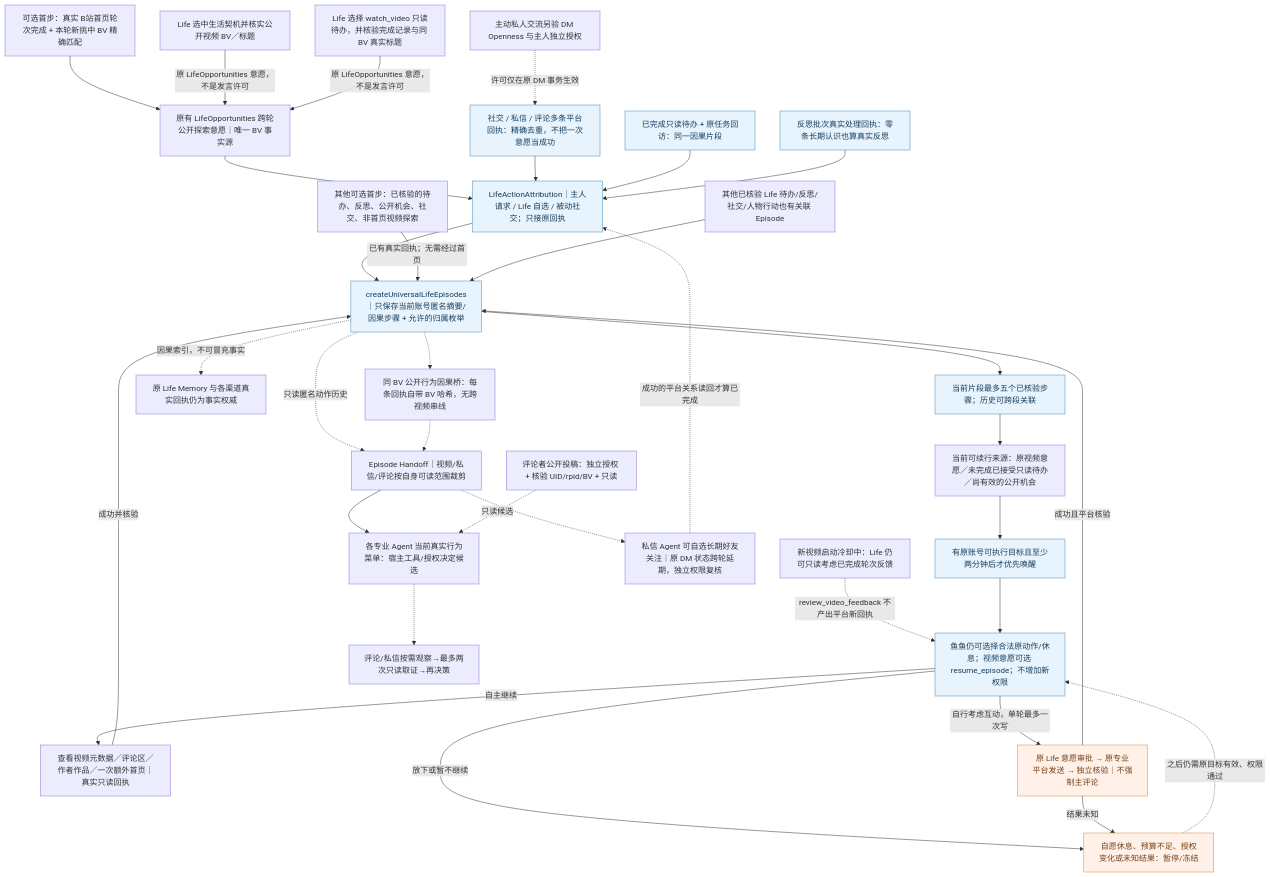
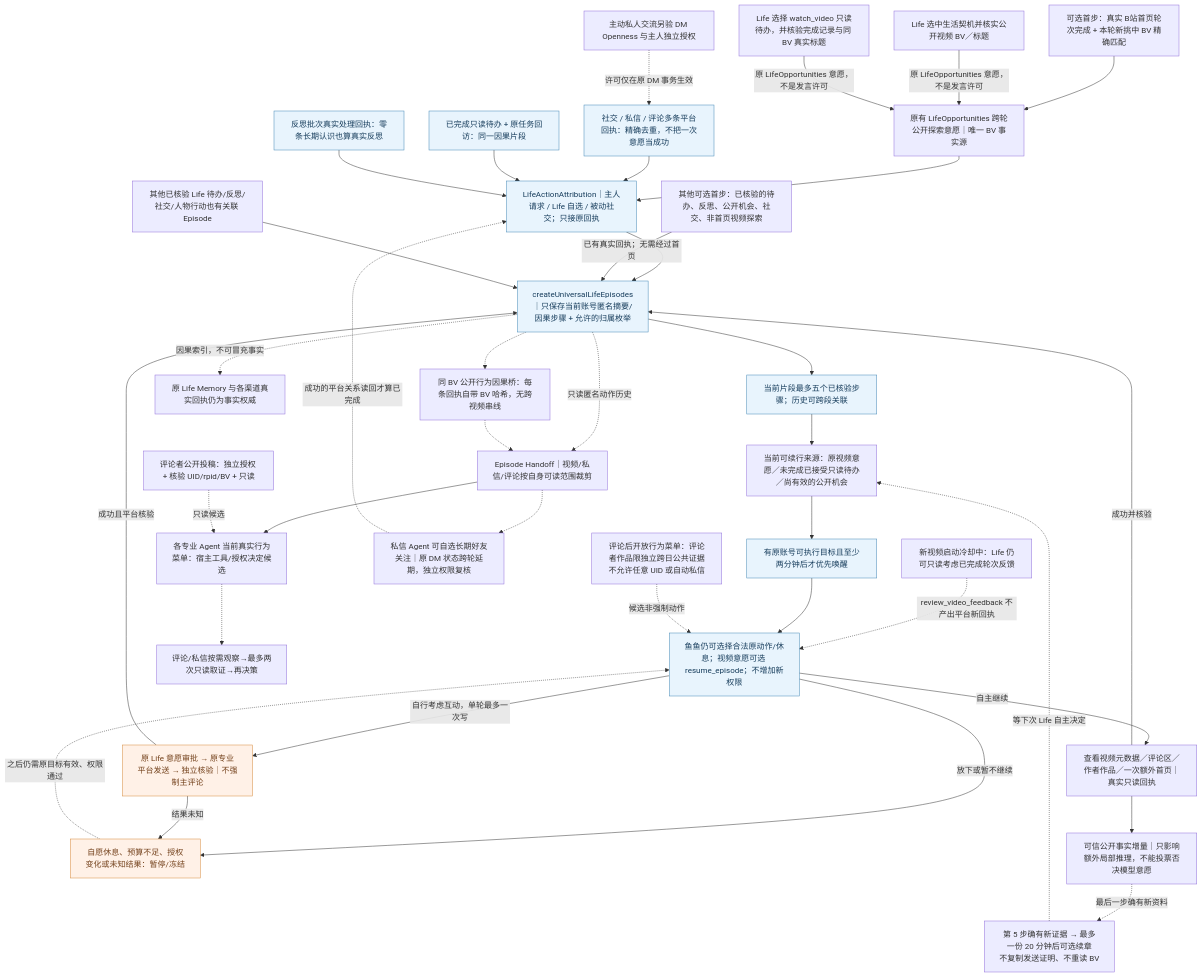
One commit to minedalang/dsh-dafeiyu-life changed the diagram in docs/architecture/diagrams/life-universal-episodes-current.mmd. Above: the diagram before and after it, drawn with Mermaid. The commit also changed 21 other files, not shown here.

First line of the commit message:
feat(life): 以可信事件增量驱动自然 Life，统一开放行动与 npm 更新提示 (2.8.0-dev.12)

```diff
--- a/docs/architecture/diagrams/life-universal-episodes-current.mmd
+++ b/docs/architecture/diagrams/life-universal-episodes-current.mmd
@@ -1,97 +1,112 @@
+%% dev.12：重复读取抑制额外模型唤醒，五步上限只保存一次未来自愿续章
 %% dev.10：视频 Episode 已选择的写操作与社交共用 FIFO 资格；不重复意愿模型。
 %% dev.74：评论区的自然熟悉度不形成主动私信资格，Episode 不赋予新权限。
 %% dev.73：普通自主 Life 最短间隔不再由 2 分钟经验/片段续接绕过；真实入站社交独立快唤醒。
 %% 管理页只读并列展示线索、契机与待办；Life 已批准不等于平台送达，待回执不能标为中断。
 %% dev.37 统一归属 + dev.36 Universal Episode：有意义的自主动作共享因果归属，不改变原平台授权
 flowchart TB
   child["可选首步：真实 B站首页轮次完成 + 本轮新挑中 BV 精确匹配"]
   firstOther["其他可选首步：已核验的待办、反思、公开机会、社交、非首页视频探索"]
   eligible["当前可续行来源：原视频意愿／未完成已接受只读待办／尚有效的公开机会"]
   canonical["原有 LifeOpportunities 跨轮公开探索意愿｜唯一 BV 事实源"]
   attribution["LifeActionAttribution｜主人请求 / Life 自选 / 被动社交；只接原回执"]
   socialReceipt["社交 / 私信 / 评论多条平台回执：精确去重，不把一次意愿当成功"]
   socialContact["主动私人交流另验 DM Openness 与主人独立授权"]
   todoReceipt["已完成只读待办 + 原任务回访：同一因果片段"]
   reflectionReceipt["反思批次真实处理回执：零条长期认识也算真实反思"]
   videoFeedback["新视频启动冷却中：Life 仍可只读考虑已完成轮次反馈"]
   record["createUniversalLifeEpisodes｜只保存当前账号匿名摘要/因果步骤 + 允许的归属枚举"]
   context["当前片段最多五个已核验步骤；历史可跨段关联"]
   due["有原账号可执行目标且至少两分钟后才优先唤醒"]
   menu["鱼鱼仍可选择合法原动作/休息；视频意愿可选 resume_episode；不增加新权限"]
   read["查看视频元数据／评论区／作者作品／一次额外首页｜真实只读回执"]
   write["原 Life 意愿审批 → 原专业平台发送 → 独立核验｜不强制主评论"]
   pause["自愿休息、预算不足、授权变化或未知结果：暂停/冻结"]
   other["其他已核验 Life 待办/反思/社交/人物行动也有关联 Episode"]
   memory["原 Life Memory 与各渠道真实回执仍为事实权威"]
   child --> canonical --> attribution --> record
   socialContact -.->|许可仅在原 DM 事务生效| socialReceipt
   socialReceipt --> attribution
   todoReceipt --> attribution
   reflectionReceipt --> attribution
   firstOther -->|已有真实回执；无需经过首页| record
   opportunityEntry["Life 选中生活契机并核实公开视频 BV／标题"]
   todoVideoEntry["Life 选择 watch_video 只读待办，并核验完成记录与同 BV 真实标题"]
   opportunityEntry -->|原 LifeOpportunities 意愿，不是发言许可| canonical
   todoVideoEntry -->|原 LifeOpportunities 意愿，不是发言许可| canonical
   videoFeedback -.->|review_video_feedback 不产出平台新回执| menu
   record --> context --> eligible --> due --> menu
   menu -->|自主继续| read -->|成功并核验| record
   menu -->|自行考虑互动，单轮最多一次写| write -->|成功且平台核验| record
   menu -->|放下或暂不继续| pause
   write -->|结果未知| pause
   other --> record
   record -.->|因果索引，不可冒充事实| memory
   pause -.->|之后仍需原目标有效、权限通过| menu
   classDef safe fill:#e8f4fd,stroke:#4689b6,color:#173d5c
   classDef caveat fill:#fff1e7,stroke:#d68a3c,color:#74421c
   class record,context,menu,due,attribution,socialReceipt,todoReceipt,reflectionReceipt safe
   class pause,write caveat
 
 %% @code child | index.js | const episode=lifeOpportunities.beginHomeExploration
 %% @code canonical | lib/life-opportunities.mjs | const continuations=
 %% @code firstOther | lib/autonomous-planner.mjs | const good=new Map([
 %% @code eligible | lib/life-episode-entrypoints.mjs | export function eligibleLifeEpisodeSources
 %% @code record | lib/life-universal-episodes.mjs | export function createUniversalLifeEpisodes
 %% @code context | lib/life-universal-episodes.mjs | const view=e=>
 %% @code due | lib/life-universal-episodes.mjs | const due=(
 %% @code menu | lib/autonomous-planner.mjs | action:'resume_episode'
 %% @code read | lib/autonomous-planner.mjs | const continueLifeRead=async
 %% @code write | lib/life-video-action-bridge.mjs | createLifeVideoActionBridge
 %% @code pause | lib/life-universal-episodes.mjs | const pauseLatest=(
 %% @code other | index.js | onEpisodeAction:proof=>universalLifeEpisodes.record(proof)
 %% @code memory | lib/life-memory-coordinator.mjs | createLifeMemoryCoordinator
 
 %% @code attribution | lib/life-action-attribution.mjs | export function createLifeActionAttribution
 %% @code socialReceipt | lib/life-willingness.mjs | const exact=typeof receiptId
 %% @code todoReceipt | index.js | sourceRef:'todo:'+original.id
 %% @code reflectionReceipt | lib/life-reflection.mjs | result.receiptId=receiptId
 
 %% @code videoFeedback | lib/autonomous-planner.mjs | action:'review_video_feedback'
 
 %% dev.38 专业 Agent 局部决策复用同账号匿名因果摘要；Episode 没有发送权。
 subagentHandoff["Episode Handoff｜视频/私信/评论按自身可读范围裁剪"]
 subagentFollow["私信 Agent 可自选长期好友关注｜原 DM 状态跨轮延期，独立权限复核"]
 record -.->|只读匿名动作历史| subagentHandoff
 subagentHandoff -.-> subagentFollow
 subagentFollow -.->|成功的平台关系读回才算已完成| attribution
 %% @code subagentHandoff | lib/life-subagent-continuity.mjs | export function lifeSubagentHandoff
 %% @code subagentFollow | lib/dm-autoreply.mjs | pending.status='reserved'
 
 %% dev.40: every verified BV public action is anchored on ITS OWN step, never the whole episode.
 publicStepBridge["同 BV 公开行为因果桥：每条回执自带 BV 哈希，无跨视频串线"]
 professionalMenu["各专业 Agent 当前真实行为菜单：宿主工具/授权决定候选"]
 commentObservation["评论/私信按需观察→最多两次只读取证→再决策"]
 commentPublicPerson["评论者公开投稿：独立授权 + 核验 UID/rpid/BV + 只读"]
 record -.-> publicStepBridge -.-> subagentHandoff
 subagentHandoff --> professionalMenu
 commentPublicPerson -.->|只读候选| professionalMenu
 professionalMenu -.-> commentObservation
 %% @code publicStepBridge | lib/life-universal-episodes.mjs | const publicVideoState=bvid=>
 %% @code professionalMenu | lib/life-subagent-continuity.mjs | export function subagentActionMenu
 %% @code commentObservation | lib/interaction-batch.mjs | for(let pass=0;pass<2;pass++){
 %% @code commentPublicPerson | lib/life-public-capabilities.mjs | export async function readVerifiedCommenterPublicVideos
 
 %% @code socialContact | lib/life-friend-initiatives.mjs | const outboundEnabled=
 
 %% @code opportunityEntry | lib/life-opportunities.mjs | const beginInspectedOpportunity=
 %% @code todoVideoEntry | lib/life-opportunities.mjs | const beginCompletedVideoTodo=
+
+%% dev.12: non-repeating LOCAL consideration and an optional bounded future chapter.
+novelRead["可信公开事实增量｜只影响额外局部推理，不能投票否决模型意愿"]
+optionalChapter["第 5 步确有新证据 → 最多一份 20 分钟后可选续章
+不复制发送证明、不重读 BV"]
+commenterChoice["评论后开放行为菜单：评论者作品限独立跨日公共证据
+不允许任意 UID 或自动私信"]
+read --> novelRead
+novelRead -.->|最后一步确有新资料| optionalChapter
+optionalChapter -.->|等下次 Life 自主决定| eligible
+commenterChoice -.->|候选非强制动作| menu
+%% @code novelRead | lib/life-episode-value.mjs | export function verifiedEpisodeYield
+%% @code optionalChapter | lib/life-opportunities.mjs | const carryNewEvidence=
+%% @code commenterChoice | lib/life-continuation.mjs | inspect_commenter_works
```
